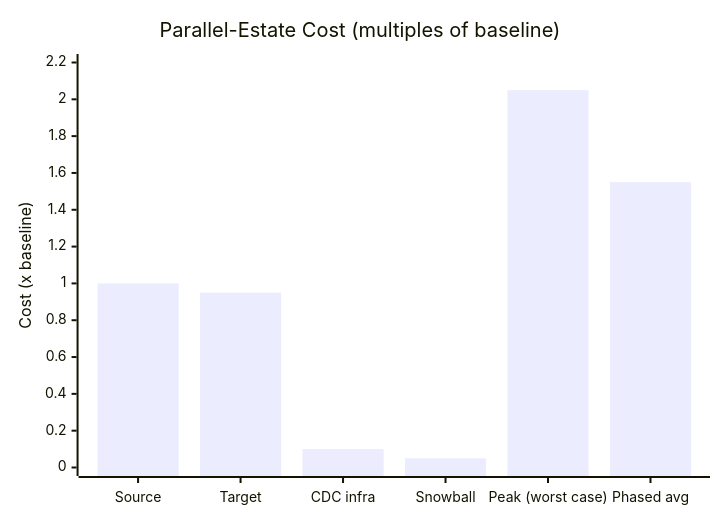
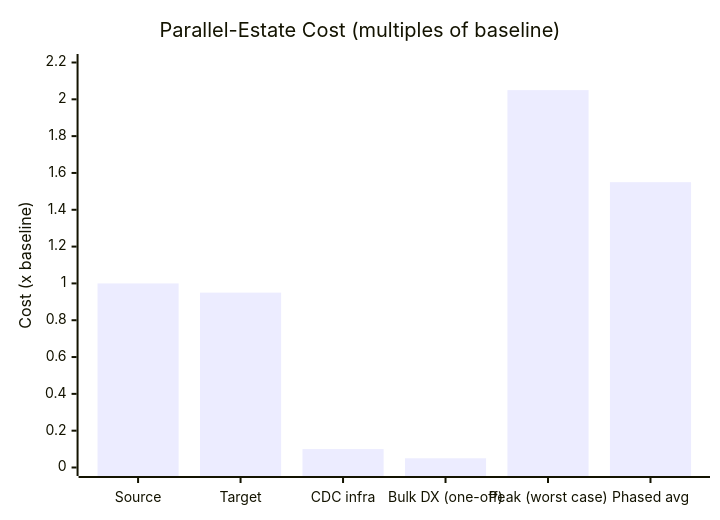
The second of 9 diagrams in src/main/java/com/rutik/systemdesign/devops/case_studies/design_zero_downtime_infra_migration.md (rppol/system-design), drawn with Mermaid before and after one commit. The commit also changed other lines of this file and 3 other files, not shown here.

````diff
--- a/src/main/java/com/rutik/systemdesign/devops/case_studies/design_zero_downtime_infra_migration.md
+++ b/src/main/java/com/rutik/systemdesign/devops/case_studies/design_zero_downtime_infra_migration.md
@@ -146,7 +154,7 @@
 ```mermaid
 xychart-beta
     title "Parallel-Estate Cost (multiples of baseline)"
-    x-axis ["Source", "Target", "CDC infra", "Snowball", "Peak (worst case)", "Phased avg"]
+    x-axis ["Source", "Target", "CDC infra", "Bulk DX (one-off)", "Peak (worst case)", "Phased avg"]
     y-axis "Cost (x baseline)" 0 --> 2.2
     bar [1.00, 0.95, 0.10, 0.05, 2.05, 1.55]
 ```
````
